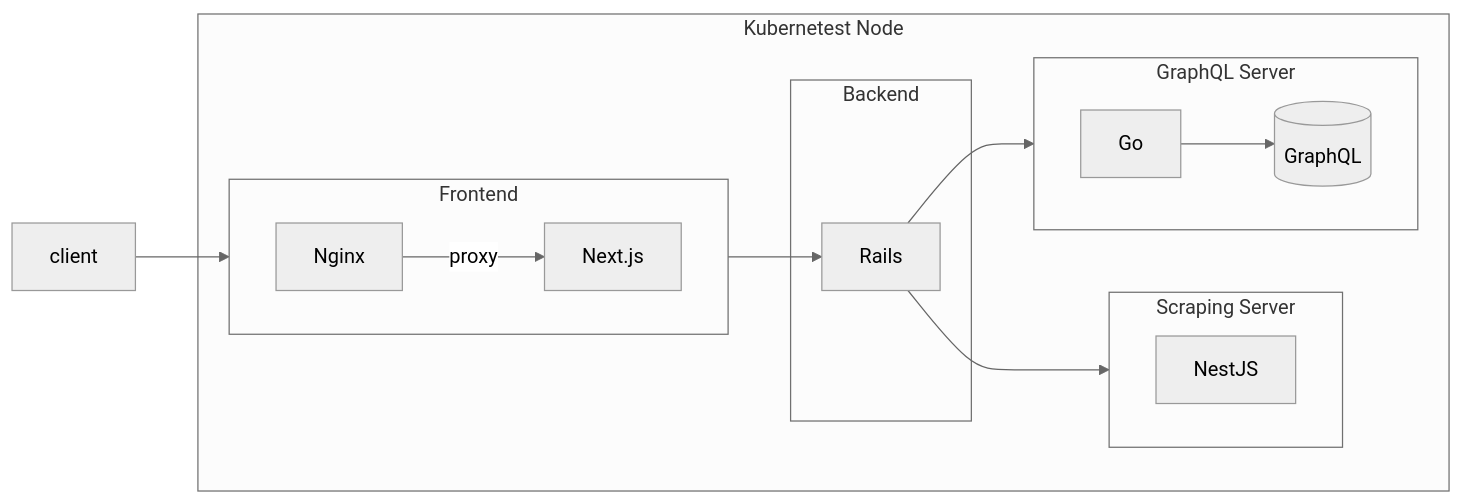
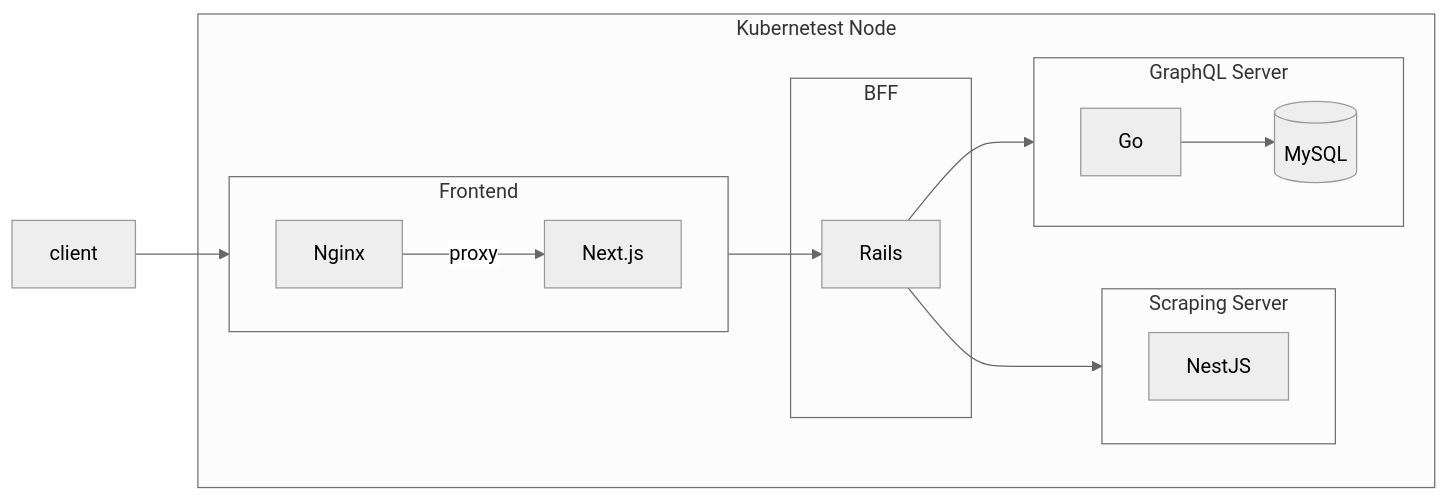
One commit to kuroweb/price-monitoring changed the diagram in README.md. Above: the diagram before and after it, drawn with Mermaid (neutral theme).

Commit message:
docs: アーキテクチャを更新

````diff
--- a/README.md
+++ b/README.md
@@ -34,38 +34,38 @@
 ```mermaid
 flowchart LR
 subgraph Kubernetest Node
   subgraph Frontend
     direction LR
 
     Nginx
     Next.js
 
     Nginx--proxy-->Next.js
   end
 
-  subgraph Backend
+  subgraph BFF
     Rails
   end
 
   subgraph Scraping Server
     direction LR
 
     NestJS
   end
 
   subgraph GraphQL Server
     direction LR
 
     Go
-    GraphQL[(GraphQL)]
+    MySQL[(MySQL)]
 
-    Go-->GraphQL
+    Go-->MySQL
   end
 
   Next.js-->Rails
   Rails-->NestJS
   Rails-->Go
 end
 
 client-->Nginx
 ```
````
